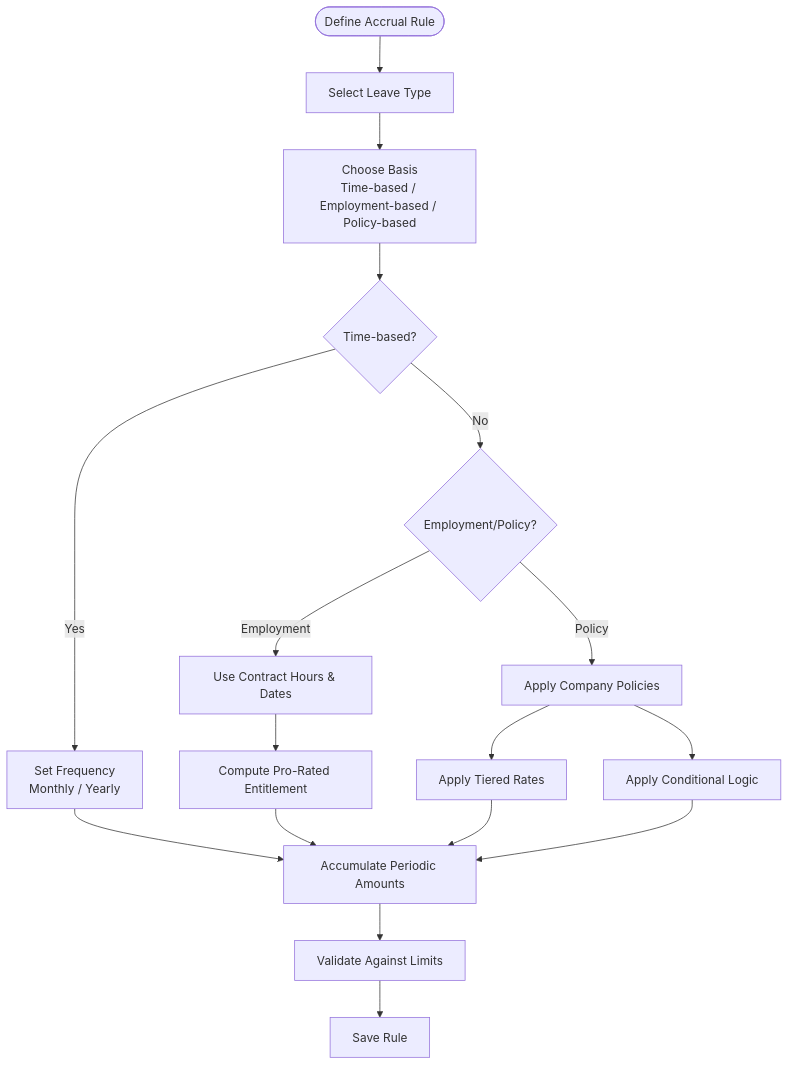
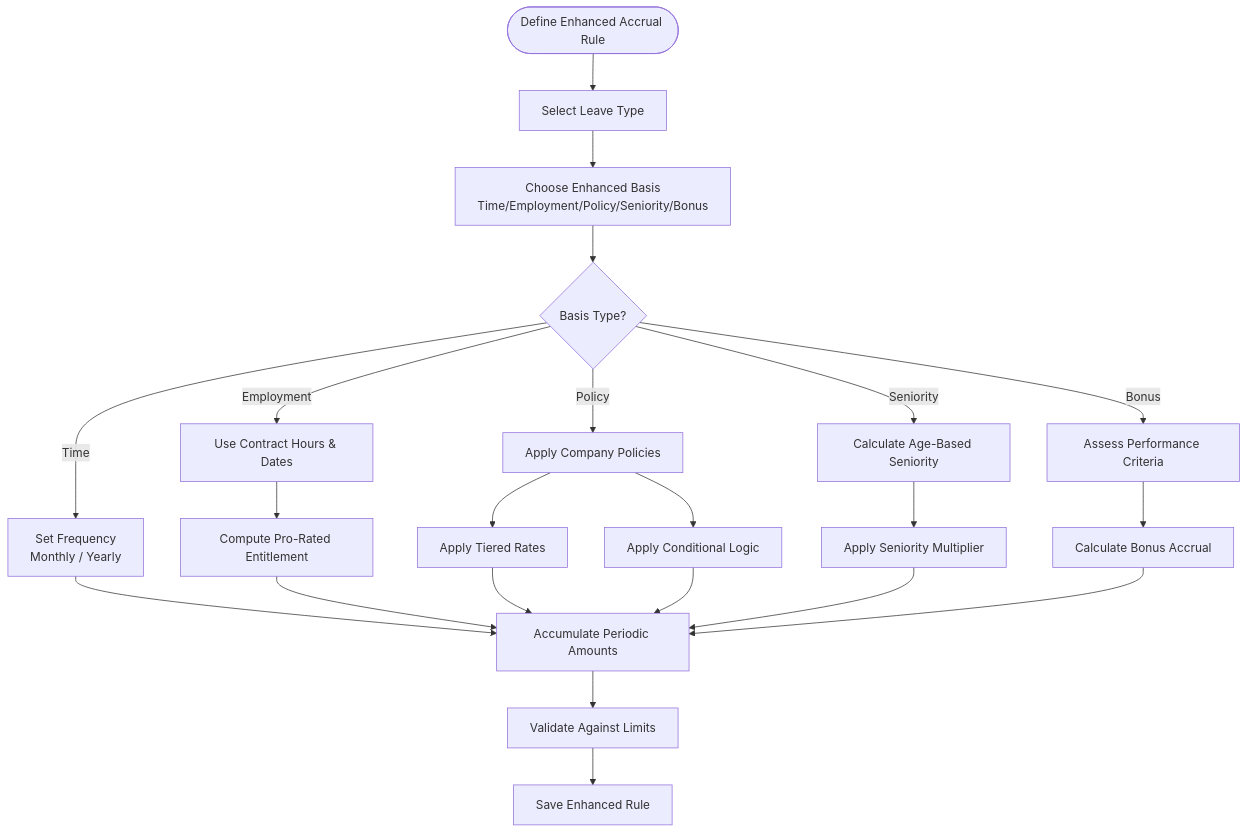
Before and after one commit to EdwinCycling/LiquidHR: the third of 10 diagrams in .qoder/repowiki/en/content/Advanced Features/Leave Management/Accrual Engine.md, drawn with Mermaid. The commit also changed other lines of this file and 120 other files, not shown here.

````diff
--- a/.qoder/repowiki/en/content/Advanced Features/Leave Management/Accrual Engine.md
+++ b/.qoder/repowiki/en/content/Advanced Features/Leave Management/Accrual Engine.md
@@ -206,19 +232,24 @@
 ```mermaid
 flowchart TD
-Start(["Define Accrual Rule"]) --> SelectType["Select Leave Type"]
-SelectType --> ChooseBasis["Choose Basis<br/>Time-based / Employment-based / Policy-based"]
-ChooseBasis --> TimeBased{"Time-based?"}
-TimeBased --> |Yes| SetFrequency["Set Frequency<br/>Monthly / Yearly"]
-TimeBased --> |No| EmpPolicy{"Employment/Policy?"}
-EmpPolicy --> |Employment| UseContract["Use Contract Hours & Dates"]
-EmpPolicy --> |Policy| ApplyAdjustments["Apply Company Policies"]
+Start(["Define Enhanced Accrual Rule"]) --> SelectType["Select Leave Type"]
+SelectType --> ChooseBasis["Choose Enhanced Basis<br/>Time/Employment/Policy/Seniority/Bonus"]
+ChooseBasis --> BasisType{"Basis Type?"}
+BasisType --> |Time| SetFrequency["Set Frequency<br/>Monthly / Yearly"]
+BasisType --> |Employment| UseContract["Use Contract Hours & Dates"]
+BasisType --> |Policy| ApplyAdjustments["Apply Company Policies"]
+BasisType --> |Seniority| CalculateAge["Calculate Age-Based Seniority"]
+BasisType --> |Bonus| AssessPerformance["Assess Performance Criteria"]
 UseContract --> ComputeProRata["Compute Pro-Rated Entitlement"]
 ApplyAdjustments --> Tiering["Apply Tiered Rates"]
 ApplyAdjustments --> Conditions["Apply Conditional Logic"]
+CalculateAge --> ApplyMultiplier["Apply Seniority Multiplier"]
+AssessPerformance --> CalculateBonus["Calculate Bonus Accrual"]
 SetFrequency --> Accumulate["Accumulate Periodic Amounts"]
 ComputeProRata --> Accumulate
 Tiering --> Accumulate
 Conditions --> Accumulate
+ApplyMultiplier --> Accumulate
+CalculateBonus --> Accumulate
 Accumulate --> Validate["Validate Against Limits"]
-Validate --> Save["Save Rule"]
+Validate --> Save["Save Enhanced Rule"]
 ```
````
